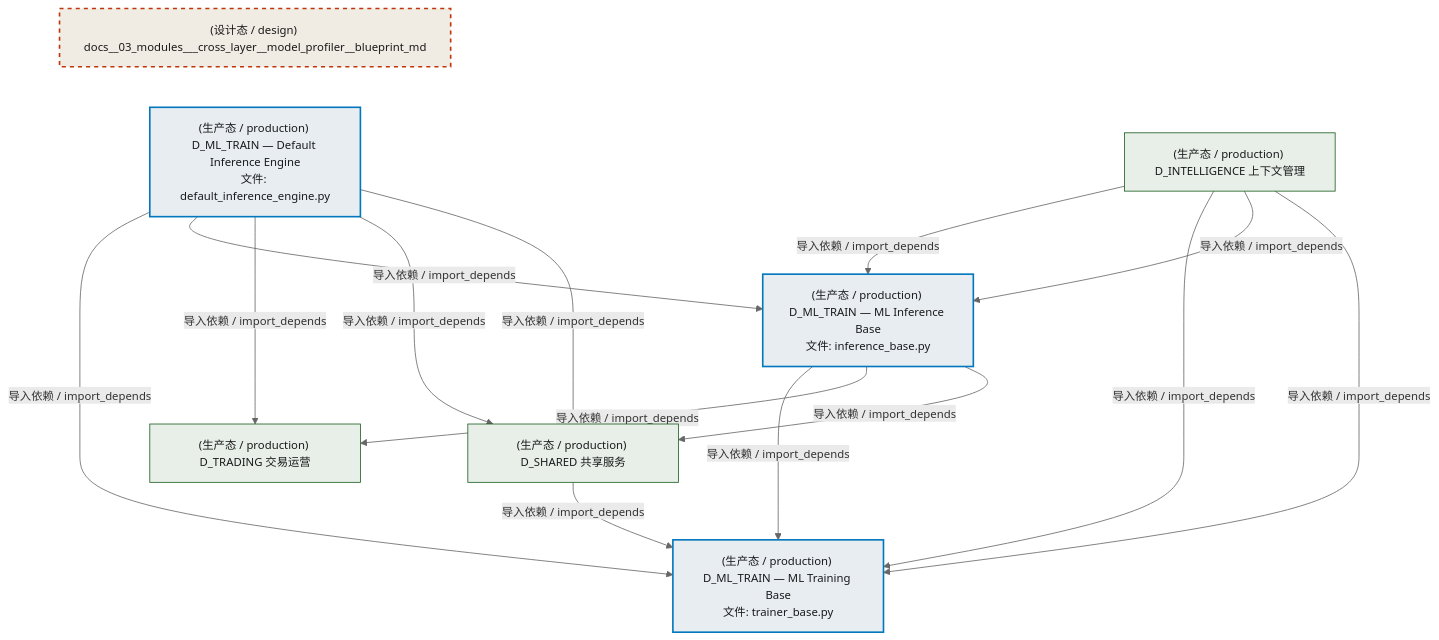
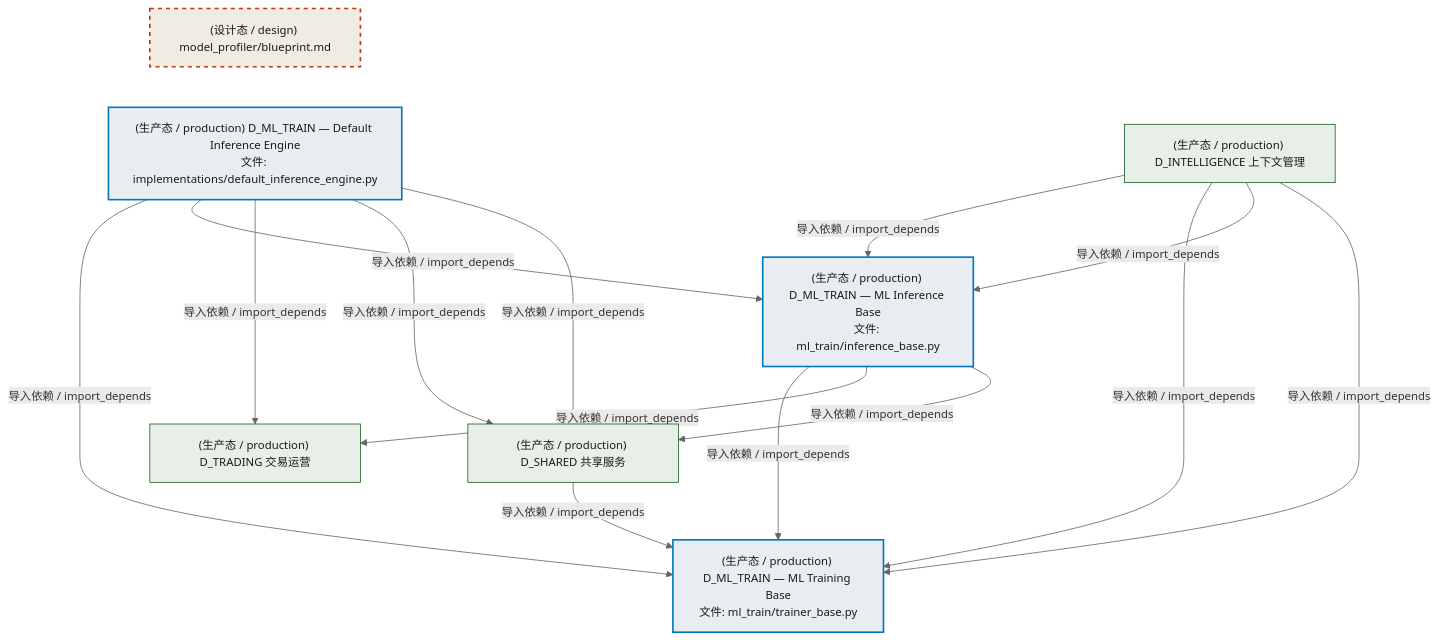
The first of 4 diagrams in docs/02_enterprise_architecture/02_domain_architecture_docs/61_d_ml_train.md (xuanFelixVan/ZephyrAlpha), drawn with Mermaid before and after one commit. The commit also changed other lines of this file and 63 other files, not shown here.

````diff
--- a/docs/02_enterprise_architecture/02_domain_architecture_docs/61_d_ml_train.md
+++ b/docs/02_enterprise_architecture/02_domain_architecture_docs/61_d_ml_train.md
@@ -64,32 +64,32 @@
 ```mermaid
 %%{init: {'theme': 'base', 'themeVariables': {'primaryColor': '#eaeaea', 'primaryTextColor': '#333333', 'primaryBorderColor': '#666666', 'lineColor': '#666666', 'secondaryColor': '#eaeaea', 'tertiaryColor': '#eaeaea', 'fontSize': '14px'}}}%%
 flowchart TD
-    docs_03_modules_cross_layer_model_profiler_blueprint_md["(设计态 / design) docs__03_modules___cross_layer__model_profiler__blueprint_md"]
-    src_zephyr_ml_train_implementations_default_inference_engine_py["(生产态 / production) D_ML_TRAIN — Default Inference Engine<br/>文件: default_inference_engine.py"]
+    docs_03_modules_cross_layer_model_profiler_blueprint_md["(设计态 / design) model_profiler/blueprint.md"]
+    src_zephyr_ml_train_implementations_default_inference_engine_py["(生产态 / production) D_ML_TRAIN — Default Inference Engine<br/>文件: implementations/default_inference_engine.py"]
     docs_03_modules_cross_layer_model_profiler_blueprint_md ~~~ src_zephyr_ml_train_implementations_default_inference_engine_py
-    src_zephyr_ml_train_inference_base_py["(生产态 / production) D_ML_TRAIN — ML Inference Base<br/>文件: inference_base.py"]
-    src_zephyr_ml_train_trainer_base_py["(生产态 / production) D_ML_TRAIN — ML Training Base<br/>文件: trainer_base.py"]
+    src_zephyr_ml_train_inference_base_py["(生产态 / production) D_ML_TRAIN — ML Inference Base<br/>文件: ml_train/inference_base.py"]
+    src_zephyr_ml_train_trainer_base_py["(生产态 / production) D_ML_TRAIN — ML Training Base<br/>文件: ml_train/trainer_base.py"]
     src_zephyr_ml_train_inference_base_py -->|导入依赖 / import_depends| src_zephyr_ml_train_trainer_base_py
     src_zephyr_ml_train_implementations_default_inference_engine_py -->|导入依赖 / import_depends| src_zephyr_ml_train_trainer_base_py
     src_zephyr_ml_train_implementations_default_inference_engine_py -->|导入依赖 / import_depends| src_zephyr_ml_train_inference_base_py
     D_TRADING["(生产态 / production) D_TRADING 交易运营"]
     src_zephyr_ml_train_inference_base_py -->|导入依赖 / import_depends| D_TRADING
     src_zephyr_ml_train_implementations_default_inference_engine_py -->|导入依赖 / import_depends| D_TRADING
     D_SHARED["(生产态 / production) D_SHARED 共享服务"]
     src_zephyr_ml_train_inference_base_py -->|导入依赖 / import_depends| D_SHARED
     src_zephyr_ml_train_implementations_default_inference_engine_py -->|导入依赖 / import_depends| D_SHARED
     src_zephyr_ml_train_implementations_default_inference_engine_py -->|导入依赖 / import_depends| D_SHARED
     D_INTELLIGENCE["(生产态 / production) D_INTELLIGENCE 上下文管理"]
     D_INTELLIGENCE -->|导入依赖 / import_depends| src_zephyr_ml_train_inference_base_py
     D_INTELLIGENCE -->|导入依赖 / import_depends| src_zephyr_ml_train_trainer_base_py
     D_SHARED -->|导入依赖 / import_depends| src_zephyr_ml_train_trainer_base_py
     D_INTELLIGENCE -->|导入依赖 / import_depends| src_zephyr_ml_train_inference_base_py
     D_INTELLIGENCE -->|导入依赖 / import_depends| src_zephyr_ml_train_trainer_base_py
     classDef production fill:#e8edf2,stroke:#0277bd,stroke-width:2px,color:#1a1a1a
     classDef design fill:#f0ebe3,stroke:#bf360c,stroke-width:2px,color:#1a1a1a,stroke-dasharray: 5 5
     classDef external_prod fill:#e8efe9,stroke:#1b5e20,stroke-width:1px,color:#1a1a1a
     classDef external_design fill:#efe5ea,stroke:#880e4f,stroke-width:1px,color:#1a1a1a,stroke-dasharray: 5 5
     class src_zephyr_ml_train_implementations_default_inference_engine_py,src_zephyr_ml_train_inference_base_py,src_zephyr_ml_train_trainer_base_py production
     class docs_03_modules_cross_layer_model_profiler_blueprint_md design
     class D_TRADING,D_SHARED,D_INTELLIGENCE external_prod
 ```
````
